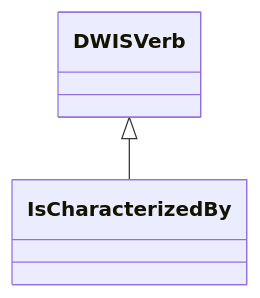
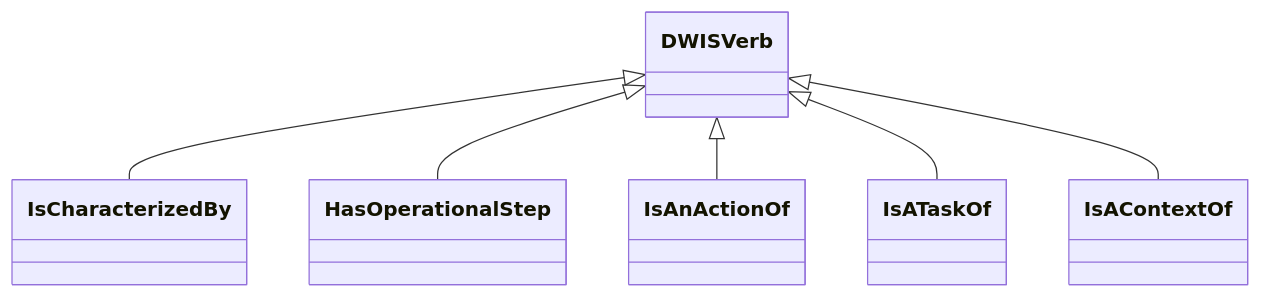
Diagram 31 of 37 in docs/vocabulary_development/auto-generated/md/definition-files/ContextualData.md (D-WIS/DDHub-Semantic-Interoperability), drawn with Mermaid before and after one commit. The commit also changed other lines of this file and 10 other files, not shown here.

````diff
--- a/docs/vocabulary_development/auto-generated/md/definition-files/ContextualData.md
+++ b/docs/vocabulary_development/auto-generated/md/definition-files/ContextualData.md
@@ -1285,4 +1550,8 @@
 ```mermaid
 classDiagram
 DWISVerb <|-- IsCharacterizedBy
+DWISVerb <|-- HasOperationalStep
+DWISVerb <|-- IsAnActionOf
+DWISVerb <|-- IsATaskOf
+DWISVerb <|-- IsAContextOf
 ```
````
